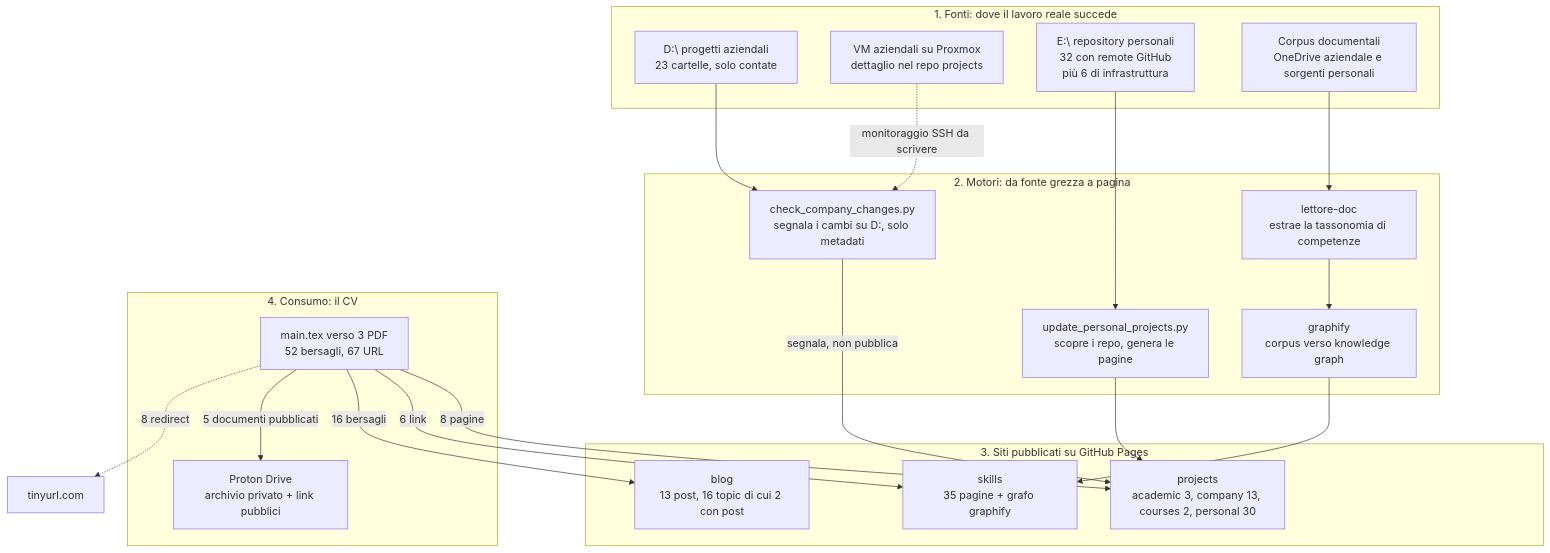
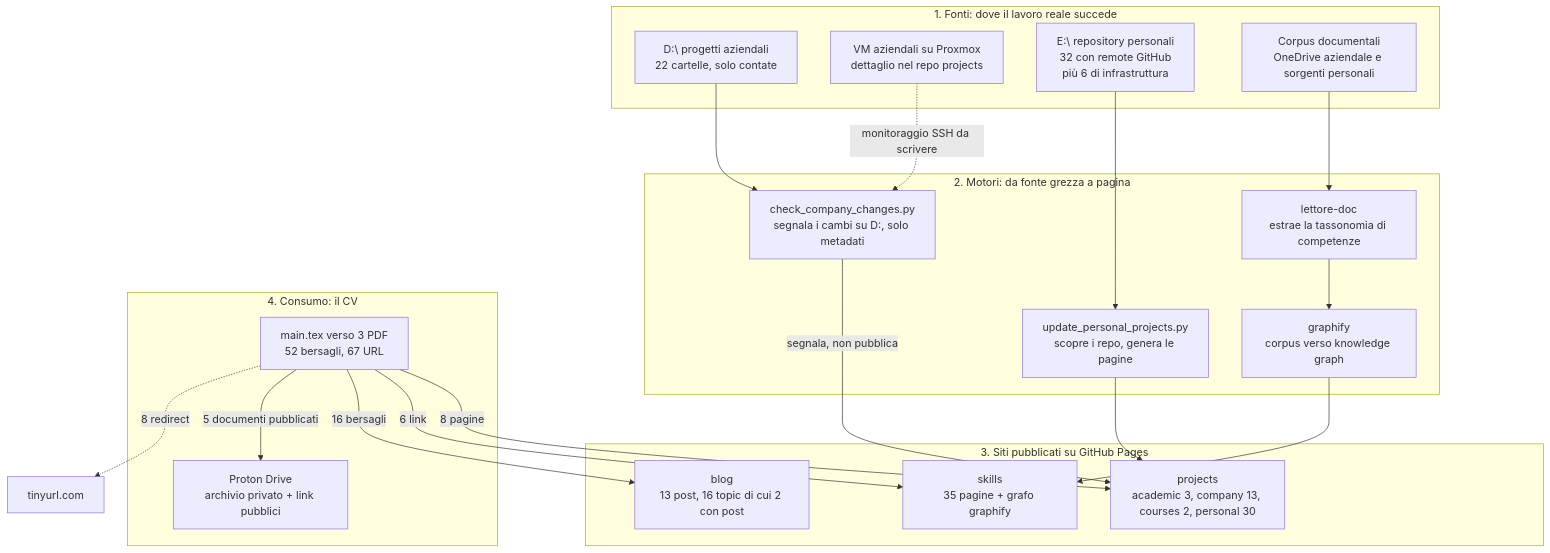
One commit to alesop95/my-cv changed the diagram in .claude/context/architecture.md. Above: the diagram before and after it, drawn with Mermaid. The commit also changed 7 other files, not shown here.

Commit message:
Roadmap rigenerabile e stampabile, flag di pulizia corretto, grafo riallineato

````diff
--- a/.claude/context/architecture.md
+++ b/.claude/context/architecture.md
@@ -32,42 +32,42 @@
 ```mermaid
 flowchart TB
     subgraph FONTI["1. Fonti: dove il lavoro reale succede"]
-    D_ROOT["D:\ progetti aziendali<br/>23 cartelle, solo contate"]
+    D_ROOT["D:\ progetti aziendali<br/>22 cartelle, solo contate"]
     VM["VM aziendali su Proxmox<br/>dettaglio nel repo projects"]
     E_ROOT["E:\ repository personali<br/>32 con remote GitHub<br/>più 6 di infrastruttura"]
     DOCS["Corpus documentali<br/>OneDrive aziendale e sorgenti personali"]
     end
 
     subgraph MOTORI["2. Motori: da fonte grezza a pagina"]
     UPD["update_personal_projects.py<br/>scopre i repo, genera le pagine"]
     CHK["check_company_changes.py<br/>segnala i cambi su D:, solo metadati"]
     LETT["lettore-doc<br/>estrae la tassonomia di competenze"]
     GRAPHIFY["graphify<br/>corpus verso knowledge graph"]
     end
 
     subgraph SITI["3. Siti pubblicati su GitHub Pages"]
     S_PROJ["projects<br/>academic 3, company 13, courses 2, personal 30"]
     S_BLOG["blog<br/>13 post, 16 topic di cui 2 con post"]
     S_SKILLS["skills<br/>35 pagine + grafo graphify"]
     end
 
     subgraph CONSUMO["4. Consumo: il CV"]
     CV["main.tex verso 3 PDF<br/>52 bersagli, 67 URL"]
     PROTON["Proton Drive<br/>archivio privato + link pubblici"]
     end
 
     E_ROOT --> UPD
     D_ROOT --> CHK
     VM -.->|"monitoraggio SSH da scrivere"| CHK
     DOCS --> LETT
     LETT --> GRAPHIFY
     UPD --> S_PROJ
     CHK -->|"segnala, non pubblica"| S_PROJ
     GRAPHIFY --> S_SKILLS
 
     CV -->|"8 pagine"| S_PROJ
     CV -->|"6 link"| S_SKILLS
     CV -->|"16 bersagli"| S_BLOG
     CV -->|"5 documenti pubblicati"| PROTON
     CV -.->|"8 redirect"| TINY["tinyurl.com"]
 ```
````
